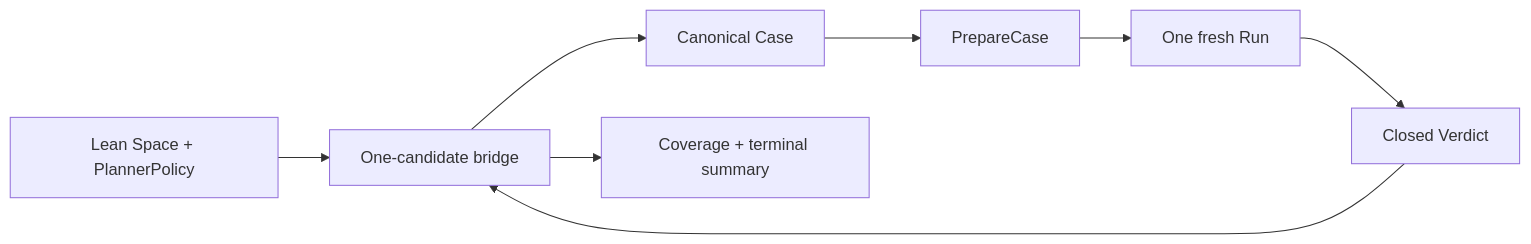
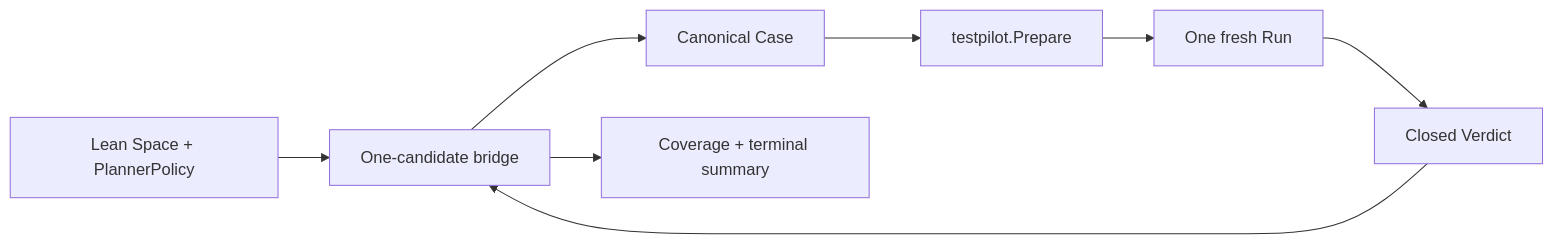
The diagram in .flow/specs/fn-33-run-serial-bounded-semantic-exploration.md (stephanos/temporal), drawn with Mermaid before and after one commit. The commit also changed other lines of this file and 321 other files, not shown here.

````diff
--- a/.flow/specs/fn-33-run-serial-bounded-semantic-exploration.md
+++ b/.flow/specs/fn-33-run-serial-bounded-semantic-exploration.md
@@ -13,10 +13,10 @@
 ```mermaid
 flowchart LR
   S[Lean Space + PlannerPolicy] --> B[One-candidate bridge]
   B --> C[Canonical Case]
-  C --> P[PrepareCase]
+  C --> P[testpilot.Prepare]
   P --> R[One fresh Run]
   R --> V[Closed Verdict]
   V --> B
   B --> O[Coverage + terminal summary]
 ```
````
